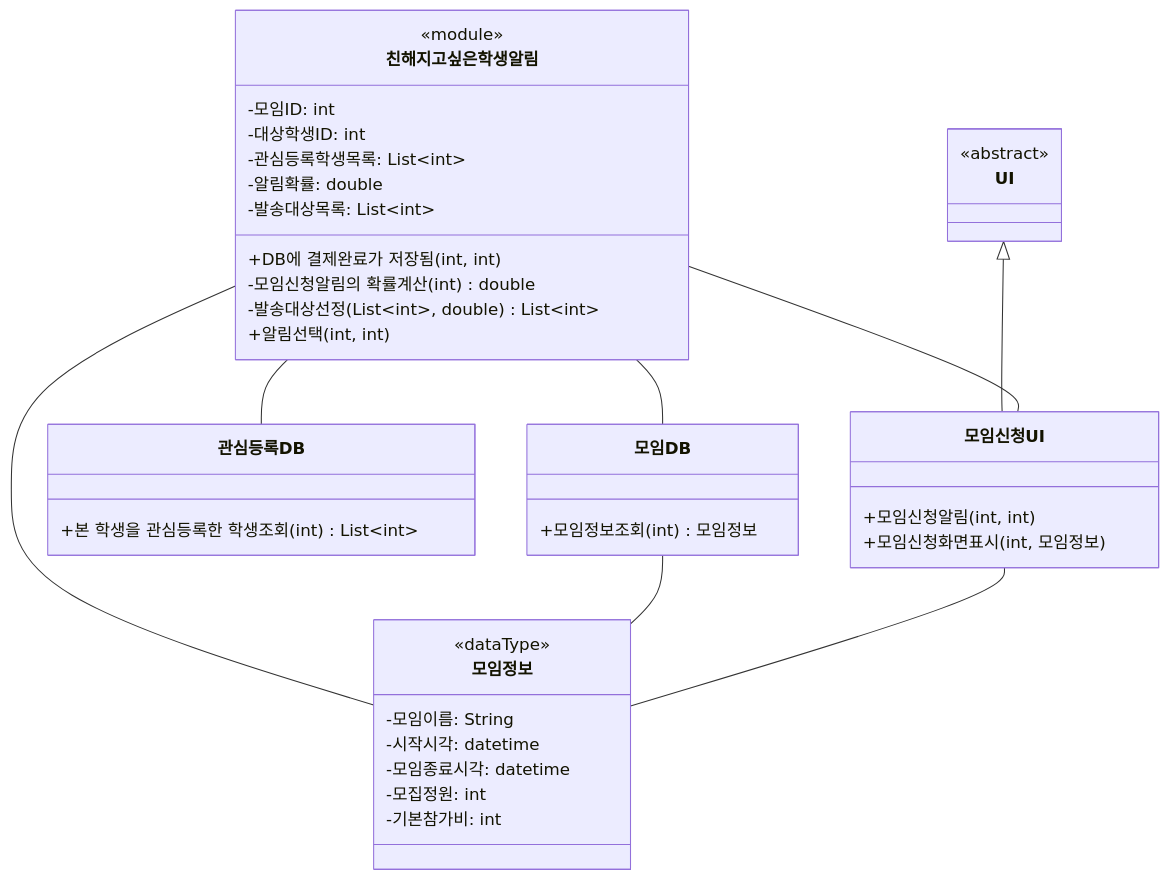
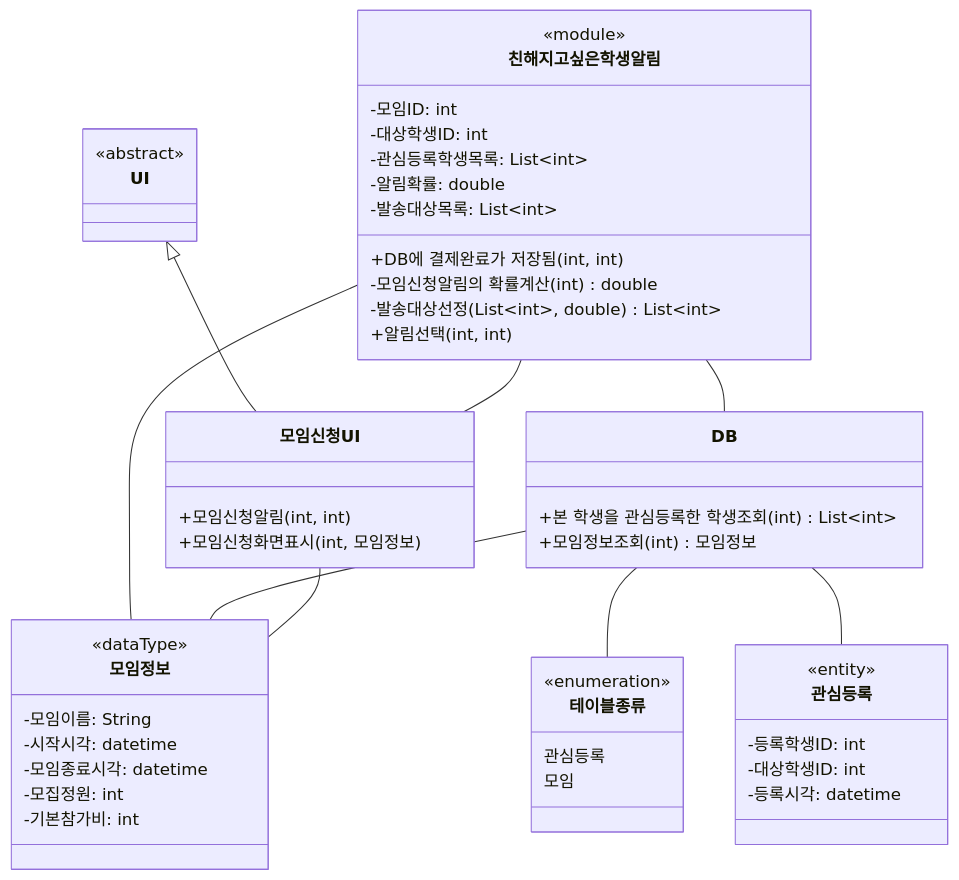
The diagram in presentation/03/3-class.md (hojae3/sw-engineering-16), drawn with Mermaid before and after one commit. The commit also changed other lines of this file and 2 other files, not shown here.

Commit message:
[presentation] 3번 클래스: DB 하나 + 테이블종류 enum으로 되돌리고, 관심등록 테이블 칸을 «entity» 클래스로 추가

````diff
--- a/presentation/03/3-class.md
+++ b/presentation/03/3-class.md
@@ -11,44 +13,54 @@
 ```mermaid
 classDiagram
     class UI {
         <<abstract>>
     }
     class 모임신청UI {
         +모임신청알림(int, int)
         +모임신청화면표시(int, 모임정보)
     }
     class 친해지고싶은학생알림 {
         <<module>>
         -모임ID: int
         -대상학생ID: int
         -관심등록학생목록: List~int~
         -알림확률: double
         -발송대상목록: List~int~
         +DB에 결제완료가 저장됨(int, int)
         -모임신청알림의 확률계산(int) double
         -발송대상선정(List~int~, double) List~int~
         +알림선택(int, int)
     }
-    class 관심등록DB {
+    class DB {
         +본 학생을 관심등록한 학생조회(int) List~int~
+        +모임정보조회(int) 모임정보
     }
-    class 모임DB {
-        +모임정보조회(int) 모임정보
+    class 테이블종류 {
+        <<enumeration>>
+        관심등록
+        모임
+    }
+    class 관심등록 {
+        <<entity>>
+        -등록학생ID: int
+        -대상학생ID: int
+        -등록시각: datetime
     }
     class 모임정보 {
         <<dataType>>
         -모임이름: String
         -시작시각: datetime
         -모임종료시각: datetime
         -모집정원: int
         -기본참가비: int
     }
 
     UI <|-- 모임신청UI
     친해지고싶은학생알림 -- 모임신청UI
-    친해지고싶은학생알림 -- 관심등록DB
-    친해지고싶은학생알림 -- 모임DB
+    친해지고싶은학생알림 -- DB
     친해지고싶은학생알림 -- 모임정보
-    모임DB -- 모임정보
+    DB -- 테이블종류
+    DB -- 관심등록
+    DB -- 모임정보
     모임신청UI -- 모임정보
 ```
````
